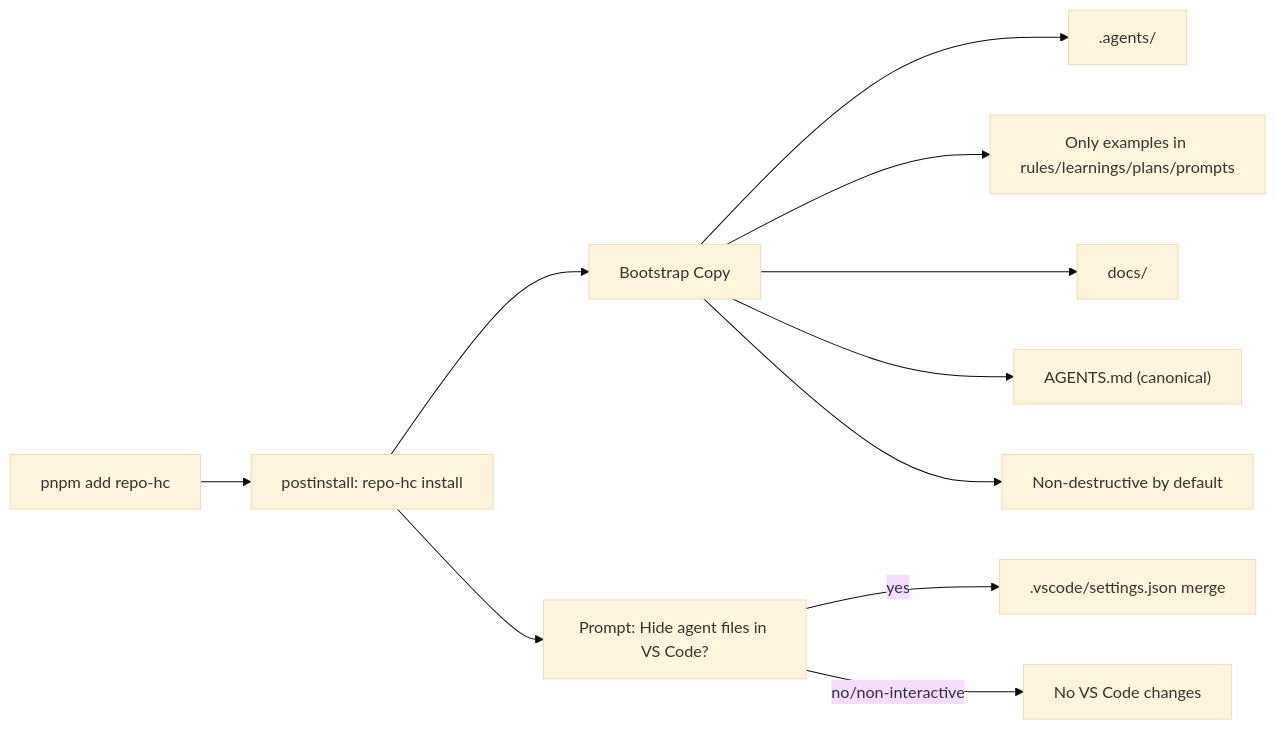
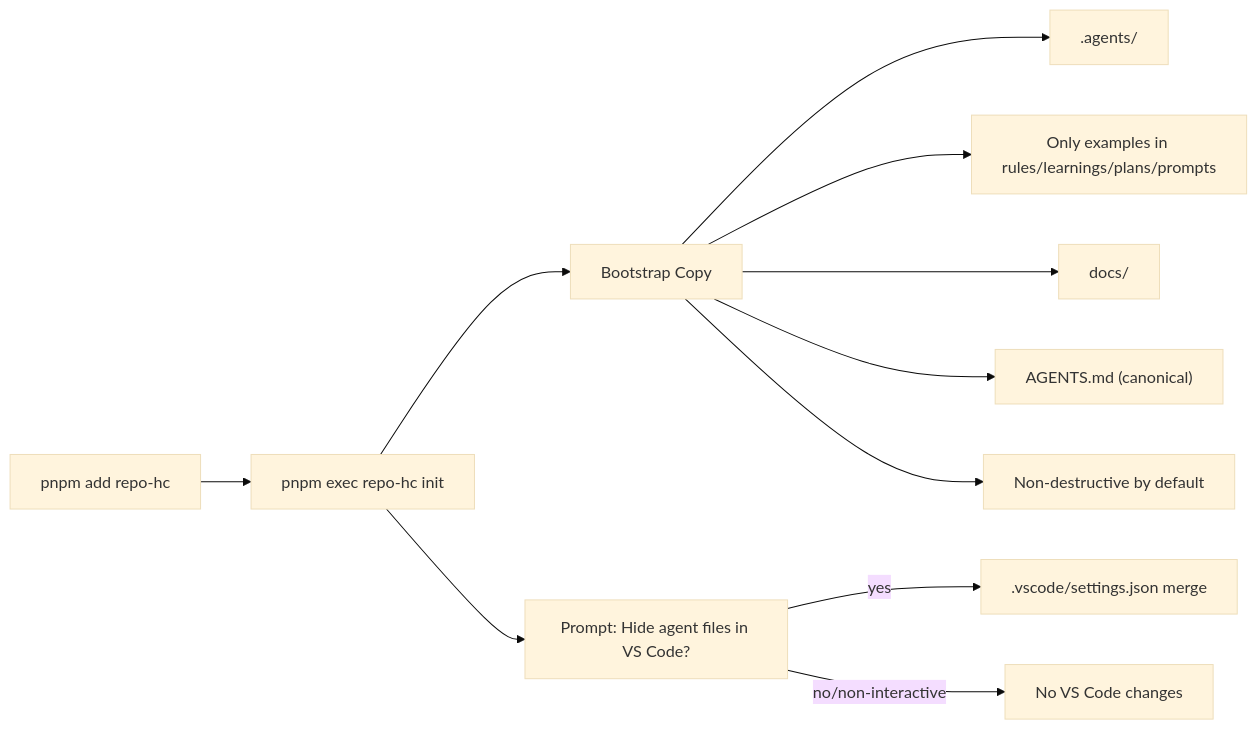
One commit to iptoux/repo-hc changed the third of 3 diagrams in docs/mermaid/housekeeping-architecture.md. Above: the diagram before and after it, drawn with Mermaid (base theme). The commit also changed 10 other files, not shown here.

Commit message:
feat: switch bootstrap flow to init command (#4)

````diff
--- a/docs/mermaid/housekeeping-architecture.md
+++ b/docs/mermaid/housekeeping-architecture.md
@@ -39,13 +39,13 @@
 ```mermaid
 flowchart LR
-  ADD["pnpm add repo-hc"] --> POSTINSTALL["postinstall: repo-hc install"]
-  POSTINSTALL --> COPY["Bootstrap Copy"]
-  POSTINSTALL --> PROMPT["Prompt: Hide agent files in VS Code?"]
+  ADD["pnpm add repo-hc"] --> INIT["pnpm exec repo-hc init"]
+  INIT --> COPY["Bootstrap Copy"]
+  INIT --> PROMPT["Prompt: Hide agent files in VS Code?"]
   COPY --> AGENTS[".agents/"]
   COPY --> EXAMPLES["Only examples in rules/learnings/plans/prompts"]
   COPY --> DOCS["docs/"]
   COPY --> AGENTSFILE["AGENTS.md (canonical)"]
   COPY --> SAFE["Non-destructive by default"]
   PROMPT -->|yes| VSCODE[".vscode/settings.json merge"]
   PROMPT -->|no/non-interactive| SKIP["No VS Code changes"]
 ```
````
